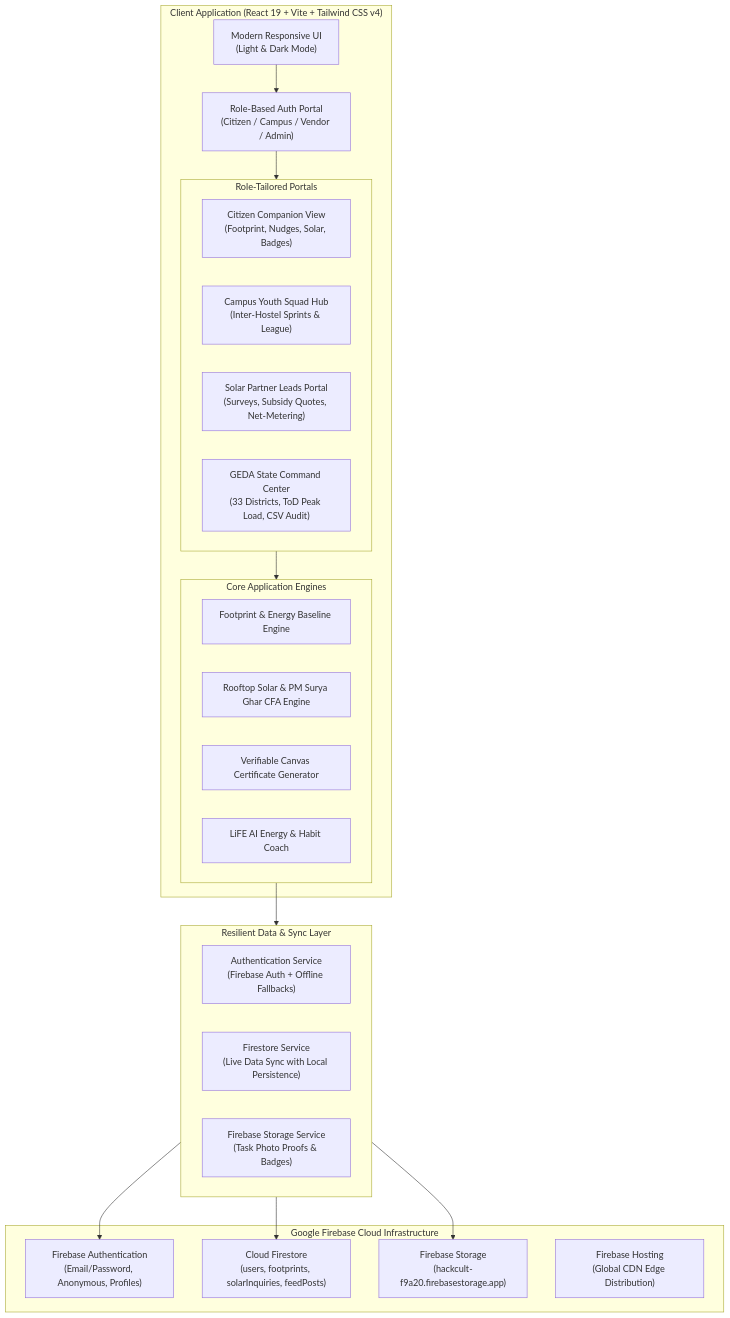
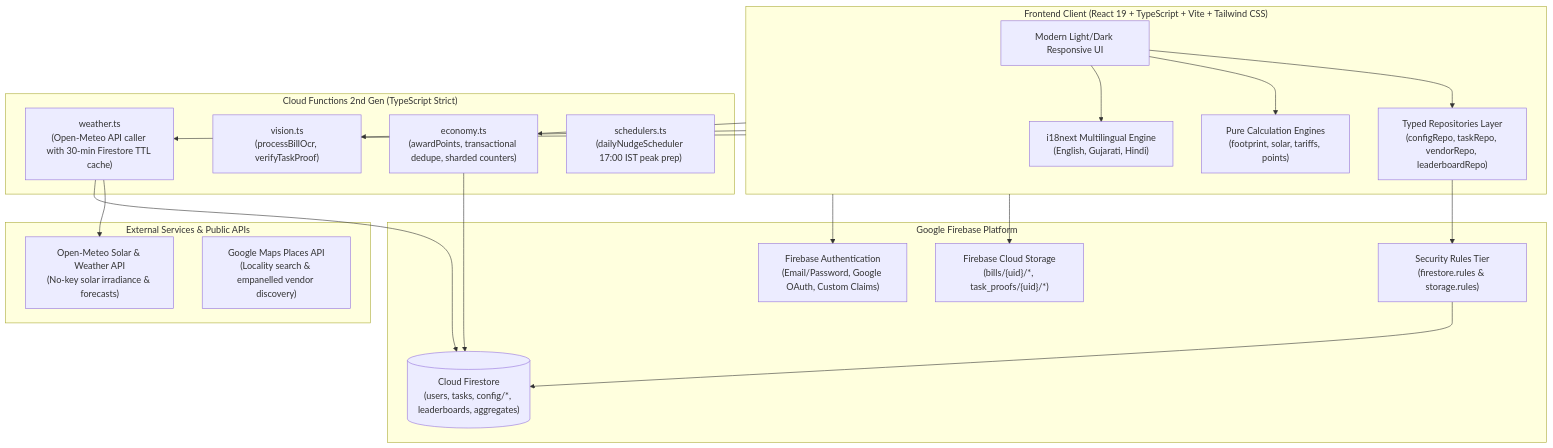
Before and after one commit to pratitdedhia/Mission-LiFE: the second of 3 diagrams in README.md, drawn with Mermaid. The commit also changed other lines of this file and 67 other files, not shown here.

Commit message:
feat: complete production LiFE Loop platform (server-authoritative economy, pure calculation engines, zero hardcoded data, and comprehensive documentation)

````diff
--- a/README.md
+++ b/README.md
@@ -50,42 +77,42 @@
 ```mermaid
 flowchart TD
-    subgraph Client["Client Application (React 19 + Vite + Tailwind CSS v4)"]
-        UI["Modern Responsive UI\n(Light & Dark Mode)"]
-        AuthModal["Role-Based Auth Portal\n(Citizen / Campus / Vendor / Admin)"]
-        
-        subgraph Dashboards["Role-Tailored Portals"]
-            CitizenView["Citizen Companion View\n(Footprint, Nudges, Solar, Badges)"]
-            CampusView["Campus Youth Squad Hub\n(Inter-Hostel Sprints & League)"]
-            VendorView["Solar Partner Leads Portal\n(Surveys, Subsidy Quotes, Net-Metering)"]
-            AdminView["GEDA State Command Center\n(33 Districts, ToD Peak Load, CSV Audit)"]
-        end
-        
-        subgraph Engines["Core Application Engines"]
-            FootprintEngine["Footprint & Energy Baseline Engine"]
-            SolarEngine["Rooftop Solar & PM Surya Ghar CFA Engine"]
-            CertEngine["Verifiable Canvas Certificate Generator"]
-            AIEngine["LiFE AI Energy & Habit Coach"]
-        end
+    subgraph ClientLayer["Frontend Client (React 19 + TypeScript + Vite + Tailwind CSS)"]
+        UI["Modern Light/Dark Responsive UI"]
+        Repo["Typed Repositories Layer\n(configRepo, taskRepo, vendorRepo, leaderboardRepo)"]
+        SharedCalc["Pure Calculation Engines\n(footprint, solar, tariffs, points)"]
+        I18nEngine["i18next Multilingual Engine\n(English, Gujarati, Hindi)"]
     end
 
-    subgraph DataServices["Resilient Data & Sync Layer"]
-        AuthService["Authentication Service\n(Firebase Auth + Offline Fallbacks)"]
-        FirestoreService["Firestore Service\n(Live Data Sync with Local Persistence)"]
-        StorageService["Firebase Storage Service\n(Task Photo Proofs & Badges)"]
+    subgraph FirebaseServices["Google Firebase Platform"]
+        Auth["Firebase Authentication\n(Email/Password, Google OAuth, Custom Claims)"]
+        Rules["Security Rules Tier\n(firestore.rules & storage.rules)"]
+        FirestoreDB[("Cloud Firestore\n(users, tasks, config/*, leaderboards, aggregates)")]
+        CloudStorage["Firebase Cloud Storage\n(bills/{uid}/*, task_proofs/{uid}/*)"]
     end
 
-    subgraph FirebaseCloud["Google Firebase Cloud Infrastructure"]
-        FBAuth["Firebase Authentication\n(Email/Password, Anonymous, Profiles)"]
-        FBDb["Cloud Firestore\n(users, footprints, solarInquiries, feedPosts)"]
-        FBStorage["Firebase Storage\n(hackcult-f9a20.firebasestorage.app)"]
-        FBHosting["Firebase Hosting\n(Global CDN Edge Distribution)"]
+    subgraph FunctionsLayer["Cloud Functions 2nd Gen (TypeScript Strict)"]
+        EconomyFn["economy.ts\n(awardPoints, transactional dedupe, sharded counters)"]
+        VisionFn["vision.ts\n(processBillOcr, verifyTaskProof)"]
+        WeatherFn["weather.ts\n(Open-Meteo API caller with 30-min Firestore TTL cache)"]
+        SchedulerFn["schedulers.ts\n(dailyNudgeScheduler 17:00 IST peak prep)"]
     end
 
-    UI --> AuthModal
-    AuthModal --> Dashboards
-    Dashboards --> Engines
-    Engines --> DataServices
-    DataServices --> FBAuth
-    DataServices --> FBDb
-    DataServices --> FBStorage
+    subgraph ExternalApis["External Services & Public APIs"]
+        OpenMeteo["Open-Meteo Solar & Weather API\n(No-key solar irradiance & forecasts)"]
+        GoogleMaps["Google Maps Places API\n(Locality search & empanelled vendor discovery)"]
+    end
+
+    UI --> Repo
+    UI --> SharedCalc
+    UI --> I18nEngine
+    Repo --> Rules
+    Rules --> FirestoreDB
+    ClientLayer --> CloudStorage
+    ClientLayer --> Auth
+    ClientLayer --> EconomyFn
+    ClientLayer --> VisionFn
+    ClientLayer --> WeatherFn
+    EconomyFn --> FirestoreDB
+    WeatherFn --> OpenMeteo
+    WeatherFn --> FirestoreDB
 ```
````
